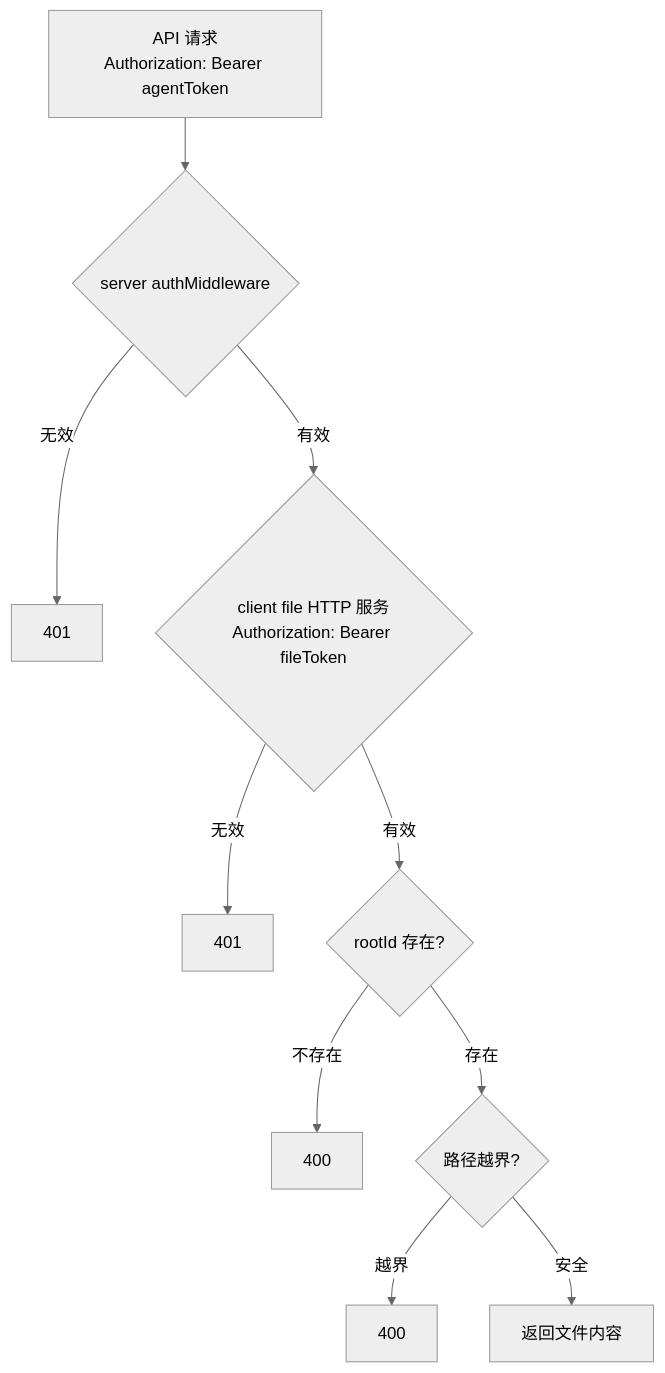
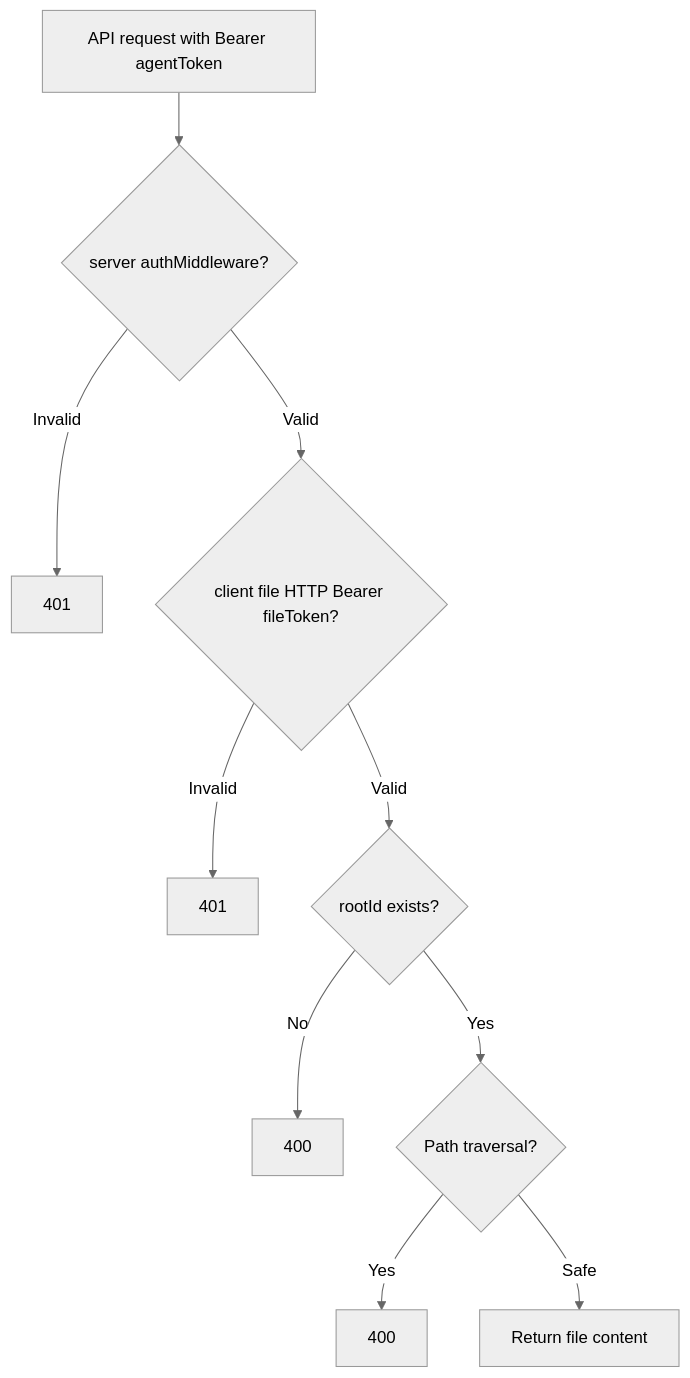
Before and after one commit to xuzhen97/remote-agent-gateway: the fourth of 6 diagrams in docs/client-file-management.md, drawn with Mermaid (neutral theme). The commit also changed other lines of this file, not shown here.

First line of the commit message:
docs: fix mermaid diagrams that failed to render

````diff
--- a/docs/client-file-management.md
+++ b/docs/client-file-management.md
@@ -191,12 +194,12 @@
 ```mermaid
 flowchart TD
-    A[API 请求<br/>Authorization: Bearer agentToken] --> B{server authMiddleware}
-    B -->|无效| B1[401]
-    B -->|有效| C{client file HTTP 服务<br/>Authorization: Bearer fileToken}
-    C -->|无效| C1[401]
-    C -->|有效| D{rootId 存在?}
-    D -->|不存在| D1[400]
-    D -->|存在| E{路径越界?}
-    E -->|越界| E1[400]
-    E -->|安全| F[返回文件内容]
+    A["API request with Bearer agentToken"] --> B{"server authMiddleware?"}
+    B -->|Invalid| B1[401]
+    B -->|Valid| C{"client file HTTP Bearer fileToken?"}
+    C -->|Invalid| C1[401]
+    C -->|Valid| D{"rootId exists?"}
+    D -->|No| D1[400]
+    D -->|Yes| E{"Path traversal?"}
+    E -->|Yes| E1[400]
+    E -->|Safe| F["Return file content"]
 ```
````
